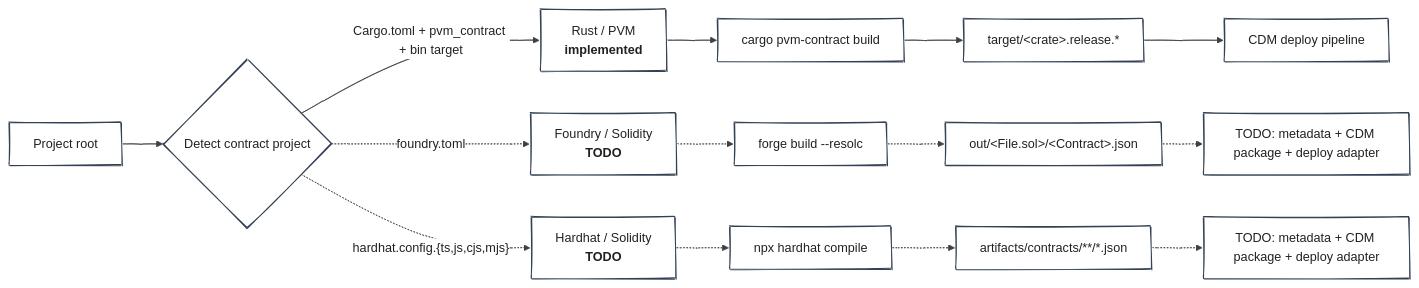
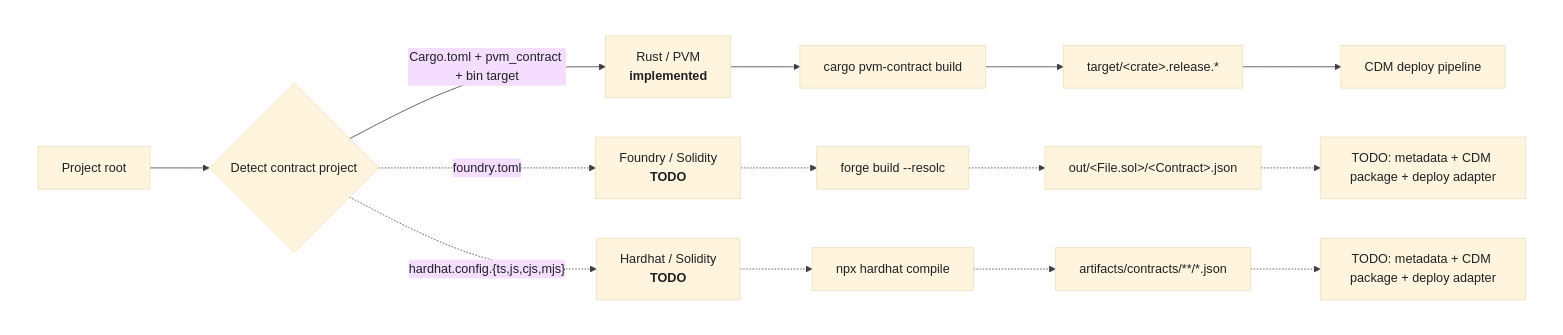
The second of 9 diagrams in specs/cdm-system.md (paritytech/contract-dependency-manager), drawn with Mermaid before and after one commit. The commit also changed other lines of this file, not shown here.

Commit message:
docs: simplify mermaid diagram styling

````diff
--- a/specs/cdm-system.md
+++ b/specs/cdm-system.md
@@ -60,21 +66,27 @@
 ```mermaid
-%%{init: {"theme": "base", "look": "handDrawn", "flowchart": {"curve": "basis"}, "themeVariables": {"background": "#ffffff", "mainBkg": "#ffffff", "primaryColor": "#ffffff", "primaryTextColor": "#202124", "primaryBorderColor": "#334155", "lineColor": "#3f3f46", "clusterBkg": "#ffffff", "clusterBorder": "#ffffff", "tertiaryColor": "#ffffff", "fontFamily": "Virgil, Comic Sans MS, sans-serif"}}}%%
+%%{init: {"theme": "base", "flowchart": {"curve": "basis"}, "themeVariables": {"background": "#ffffff", "primaryTextColor": "#202124", "lineColor": "#3f3f46", "fontFamily": "Inter, Arial, sans-serif"}}}%%
 flowchart LR
+    subgraph canvas[" "]
+    direction LR
+
     root["Project root"] --> detect{"Detect contract project"}
 
     detect -->|"Cargo.toml + pvm_contract + bin target"| rust["Rust / PVM<br/><b>implemented</b>"]
     detect -.->|"foundry.toml"| foundry["Foundry / Solidity<br/><b>TODO</b>"]
     detect -.->|"hardhat.config.{ts,js,cjs,mjs}"| hardhat["Hardhat / Solidity<br/><b>TODO</b>"]
 
     rust --> cargo["cargo pvm-contract build"]
     cargo --> rustArtifacts["target/&lt;crate&gt;.release.*"]
     rustArtifacts --> deployRust["CDM deploy pipeline"]
 
     foundry -.-> forge["forge build --resolc"]
     forge -.-> foundryArtifacts["out/&lt;File.sol&gt;/&lt;Contract&gt;.json"]
     foundryArtifacts -.-> foundryTodo["TODO: metadata + CDM package + deploy adapter"]
 
     hardhat -.-> hh["npx hardhat compile"]
     hh -.-> hardhatArtifacts["artifacts/contracts/**/*.json"]
     hardhatArtifacts -.-> hardhatTodo["TODO: metadata + CDM package + deploy adapter"]
+    end
+
+    style canvas fill:#ffffff,stroke:#ffffff,color:#ffffff
 ```
````
